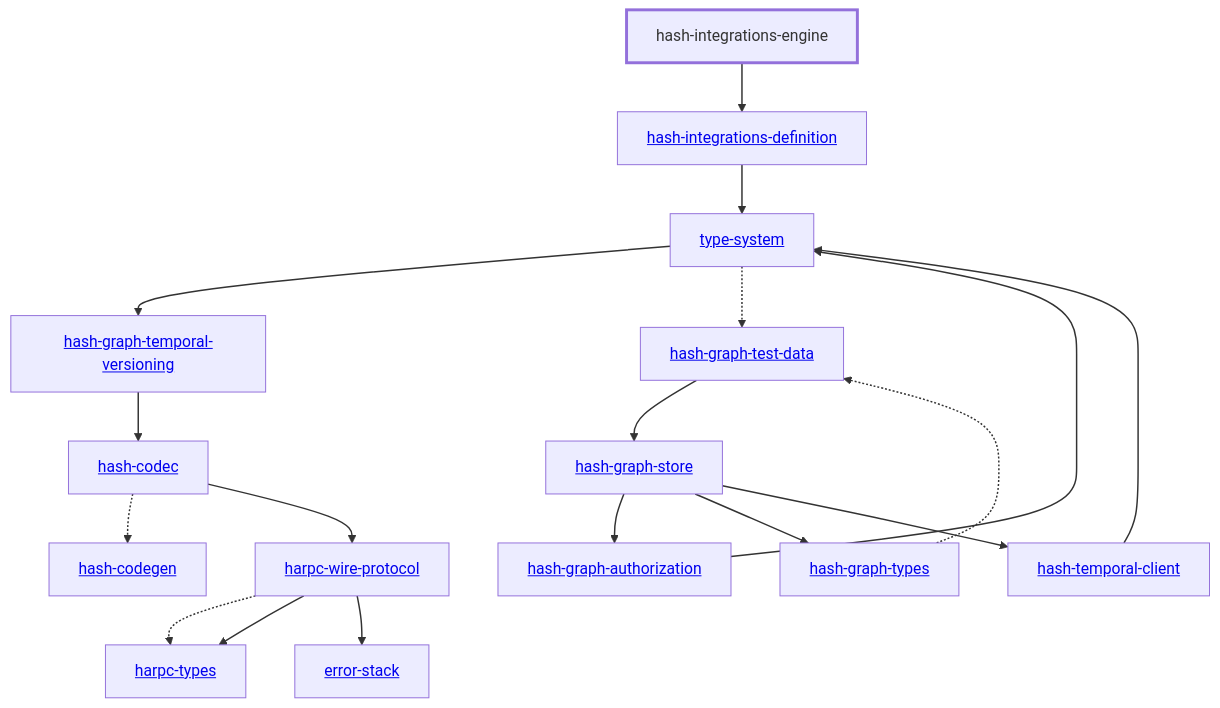
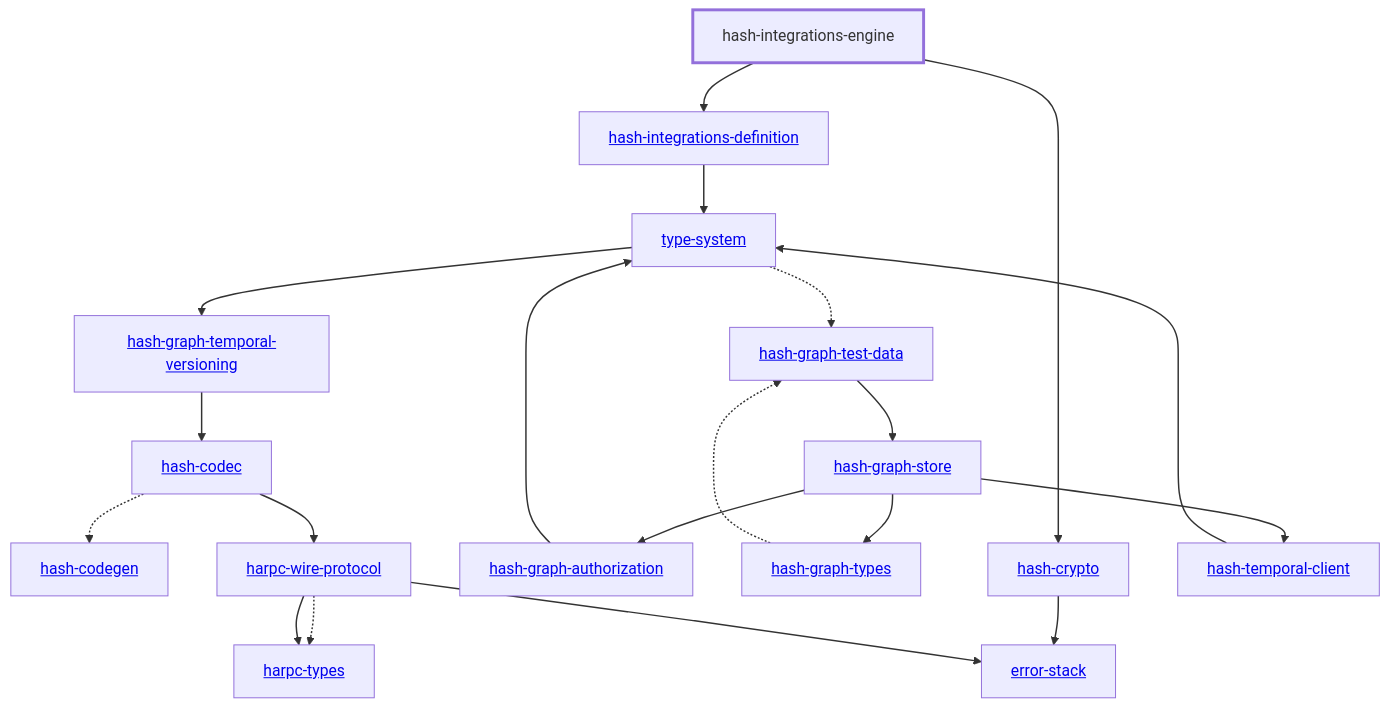
Before and after one commit to hashintel/hash: the diagram in libs/@local/integrations/engine/docs/dependency-diagram.mmd, drawn with Mermaid. The commit also changed 9 other files, not shown here.

Commit message:
Resolve integration secrets through Graph and Vault

```diff
--- a/libs/@local/integrations/engine/docs/dependency-diagram.mmd
+++ b/libs/@local/integrations/engine/docs/dependency-diagram.mmd
@@ -1,42 +1,45 @@
 graph TD
     linkStyle default stroke-width:1.5px
     classDef default stroke-width:1px
     classDef root stroke-width:3px
     classDef dev stroke-width:1px
     classDef build stroke-width:1px
     %% Legend
     %% --> : Normal dependency
     %% -.-> : Dev dependency
     %% ---> : Build dependency
     0[<a href="../type_system/index.html">type-system</a>]
     1[<a href="../hash_codec/index.html">hash-codec</a>]
     2[<a href="../hash_codegen/index.html">hash-codegen</a>]
-    3[<a href="../hash_graph_authorization/index.html">hash-graph-authorization</a>]
-    4[<a href="../hash_graph_store/index.html">hash-graph-store</a>]
-    5[<a href="../hash_graph_temporal_versioning/index.html">hash-graph-temporal-versioning</a>]
-    6[<a href="../hash_graph_types/index.html">hash-graph-types</a>]
-    7[<a href="../harpc_types/index.html">harpc-types</a>]
-    8[<a href="../harpc_wire_protocol/index.html">harpc-wire-protocol</a>]
-    9[<a href="../hash_integrations_definition/index.html">hash-integrations-definition</a>]
-    10[hash-integrations-engine]
-    class 10 root
-    11[<a href="../hash_temporal_client/index.html">hash-temporal-client</a>]
-    12[<a href="../error_stack/index.html">error-stack</a>]
-    13[<a href="../hash_graph_test_data/index.html">hash-graph-test-data</a>]
-    0 --> 5
-    0 -.-> 13
+    3[<a href="../hash_crypto/index.html">hash-crypto</a>]
+    4[<a href="../hash_graph_authorization/index.html">hash-graph-authorization</a>]
+    5[<a href="../hash_graph_store/index.html">hash-graph-store</a>]
+    6[<a href="../hash_graph_temporal_versioning/index.html">hash-graph-temporal-versioning</a>]
+    7[<a href="../hash_graph_types/index.html">hash-graph-types</a>]
+    8[<a href="../harpc_types/index.html">harpc-types</a>]
+    9[<a href="../harpc_wire_protocol/index.html">harpc-wire-protocol</a>]
+    10[<a href="../hash_integrations_definition/index.html">hash-integrations-definition</a>]
+    11[hash-integrations-engine]
+    class 11 root
+    12[<a href="../hash_temporal_client/index.html">hash-temporal-client</a>]
+    13[<a href="../error_stack/index.html">error-stack</a>]
+    14[<a href="../hash_graph_test_data/index.html">hash-graph-test-data</a>]
+    0 --> 6
+    0 -.-> 14
     1 -.-> 2
-    1 --> 8
-    3 --> 0
-    4 --> 3
-    4 --> 6
-    4 --> 11
-    5 --> 1
-    6 -.-> 13
-    8 -.-> 7
-    8 --> 7
-    8 --> 12
-    9 --> 0
-    10 --> 9
-    11 --> 0
-    13 --> 4
+    1 --> 9
+    3 --> 13
+    4 --> 0
+    5 --> 4
+    5 --> 7
+    5 --> 12
+    6 --> 1
+    7 -.-> 14
+    9 -.-> 8
+    9 --> 8
+    9 --> 13
+    10 --> 0
+    11 --> 3
+    11 --> 10
+    12 --> 0
+    14 --> 5
```
